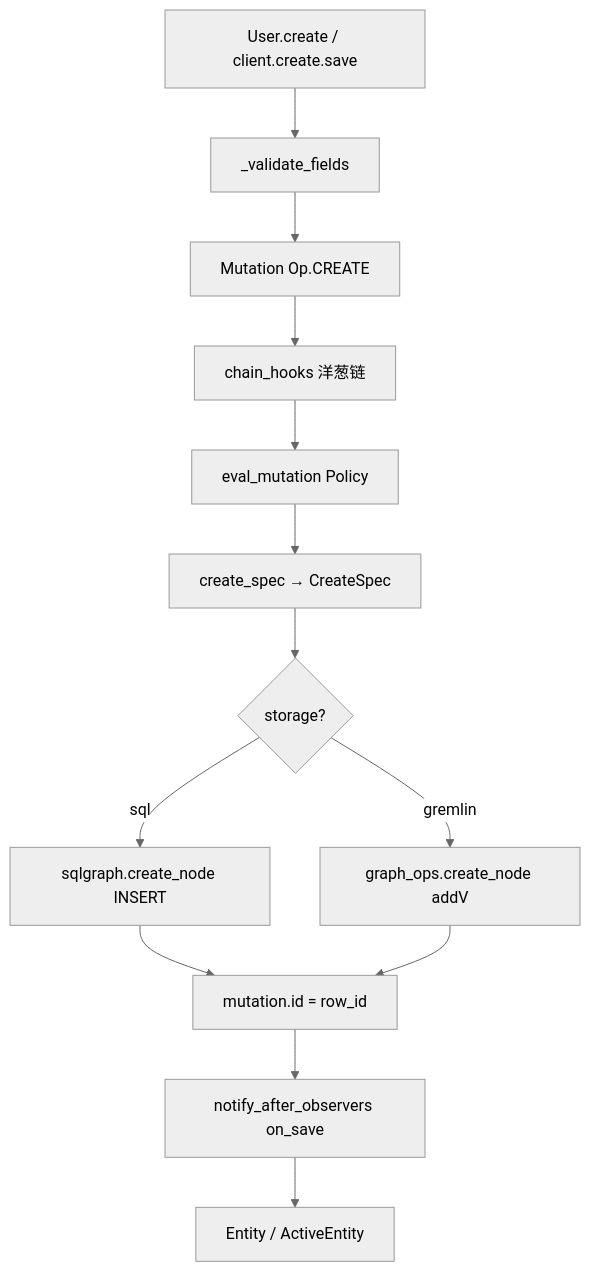
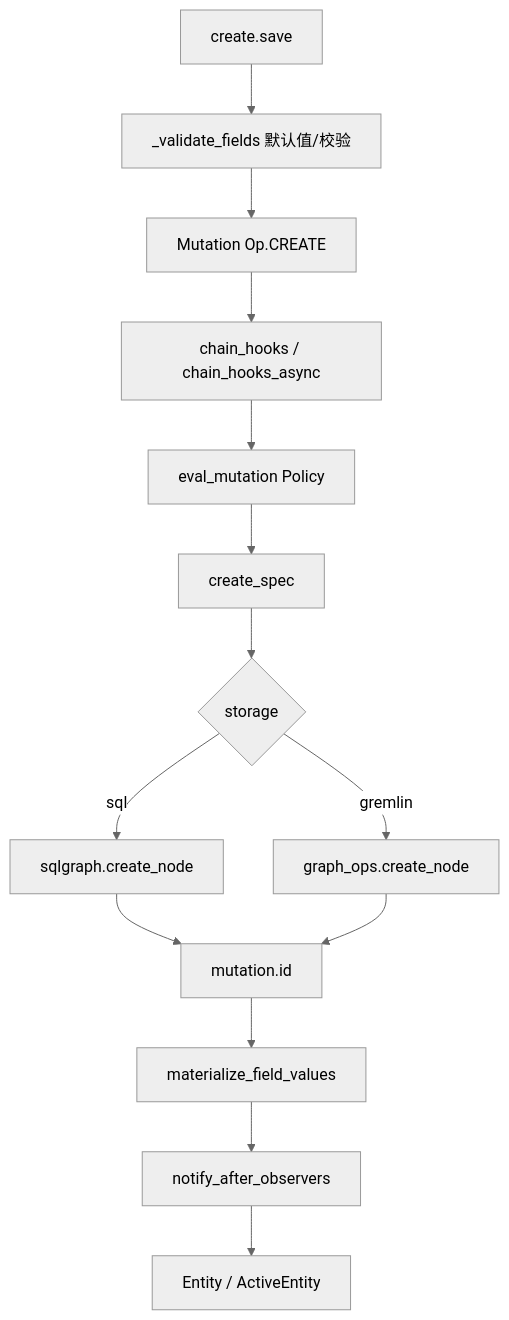
Before and after one commit to koritafei-jpg/ent-python: the second of 6 diagrams in docs/ARCHITECTURE.md, drawn with Mermaid (neutral theme). The commit also changed other lines of this file and 10 other files, not shown here.

First line of the commit message:
修复 async_bind 下 Active/Search API 断裂，并统一 Update 字段物化。

````diff
--- a/docs/ARCHITECTURE.md
+++ b/docs/ARCHITECTURE.md
@@ -165,15 +205,16 @@
 ```mermaid
 flowchart TD
-    A[User.create / client.create.save] --> B[_validate_fields]
+    A[create.save] --> B[_validate_fields 默认值/校验]
     B --> C[Mutation Op.CREATE]
-    C --> D[chain_hooks 洋葱链]
+    C --> D[chain_hooks / chain_hooks_async]
     D --> E[eval_mutation Policy]
-    E --> F[create_spec → CreateSpec]
-    F --> G{storage?}
-    G -->|sql| H[sqlgraph.create_node INSERT]
-    G -->|gremlin| I[graph_ops.create_node addV]
-    H --> J[mutation.id = row_id]
+    E --> F[create_spec]
+    F --> G{storage}
+    G -->|sql| H[sqlgraph.create_node]
+    G -->|gremlin| I[graph_ops.create_node]
+    H --> J[mutation.id]
     I --> J
-    J --> K[notify_after_observers on_save]
-    K --> L[Entity / ActiveEntity]
+    J --> K[materialize_field_values]
+    K --> L[notify_after_observers]
+    L --> M[Entity / ActiveEntity]
 ```
````
